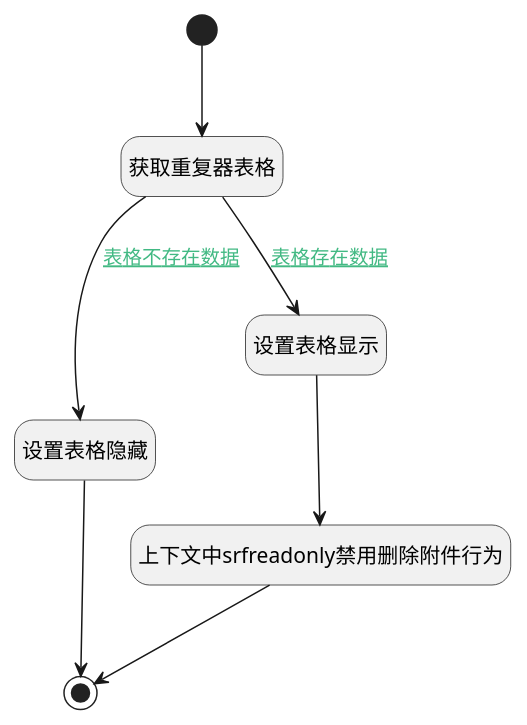
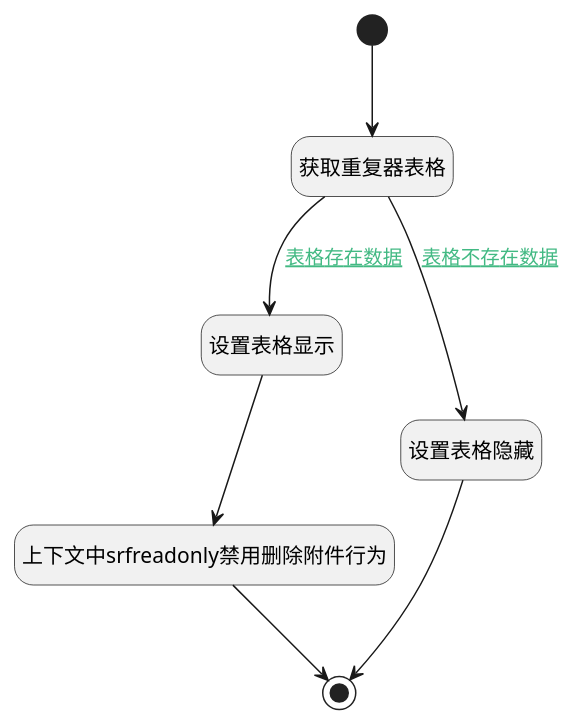
Before and after one commit to iBizLab/plm: the diagram in doc/docsify/module/Base/attachment/uilogic/calc_attachment_hidden.md, drawn with PlantUML. The commit also changed other lines of this file and 1473 other files, not shown here.

````diff
--- a/doc/docsify/module/Base/attachment/uilogic/calc_attachment_hidden.md
+++ b/doc/docsify/module/Base/attachment/uilogic/calc_attachment_hidden.md
@@ -7,28 +7,28 @@
 ```plantuml
 @startuml
 hide footbox
 <style>
 root {
   HyperlinkColor #42b983
 }
 </style>
 
 hide empty description
 state "开始" as Begin <<start>> [[$./calc_attachment_hidden#begin {开始}]]
+state "获取重复器表格" as PREPAREJSPARAM1  [[$./calc_attachment_hidden#preparejsparam1 {获取重复器表格}]]
+state "设置表格显示" as RAWJSCODE3  [[$./calc_attachment_hidden#rawjscode3 {设置表格显示}]]
+state "设置表格隐藏" as RAWJSCODE2  [[$./calc_attachment_hidden#rawjscode2 {设置表格隐藏}]]
 state "结束" as END1 <<end>> [[$./calc_attachment_hidden#end1 {结束}]]
-state "设置表格隐藏" as PREPAREJSPARAM3  [[$./calc_attachment_hidden#preparejsparam3 {设置表格隐藏}]]
-state "设置表格显示" as PREPAREJSPARAM2  [[$./calc_attachment_hidden#preparejsparam2 {设置表格显示}]]
 state "上下文中srfreadonly禁用删除附件行为" as RAWJSCODE1  [[$./calc_attachment_hidden#rawjscode1 {上下文中srfreadonly禁用删除附件行为}]]
-state "获取重复器表格" as PREPAREJSPARAM1  [[$./calc_attachment_hidden#preparejsparam1 {获取重复器表格}]]
 
 
 Begin --> PREPAREJSPARAM1
-PREPAREJSPARAM1 --> PREPAREJSPARAM2 : [[$./calc_attachment_hidden#preparejsparam1-preparejsparam2{表格存在数据} 表格存在数据]]
-PREPAREJSPARAM2 --> RAWJSCODE1
+PREPAREJSPARAM1 --> RAWJSCODE3 : [[$./calc_attachment_hidden#preparejsparam1-rawjscode3{表格存在数据} 表格存在数据]]
+RAWJSCODE3 --> RAWJSCODE1
 RAWJSCODE1 --> END1
-PREPAREJSPARAM1 --> PREPAREJSPARAM3 : [[$./calc_attachment_hidden#preparejsparam1-preparejsparam3{表格不存在数据} 表格不存在数据]]
-PREPAREJSPARAM3 --> END1
+PREPAREJSPARAM1 --> RAWJSCODE2 : [[$./calc_attachment_hidden#preparejsparam1-rawjscode2{表格不存在数据} 表格不存在数据]]
+RAWJSCODE2 --> END1
 
 
 @enduml
 ```
````
